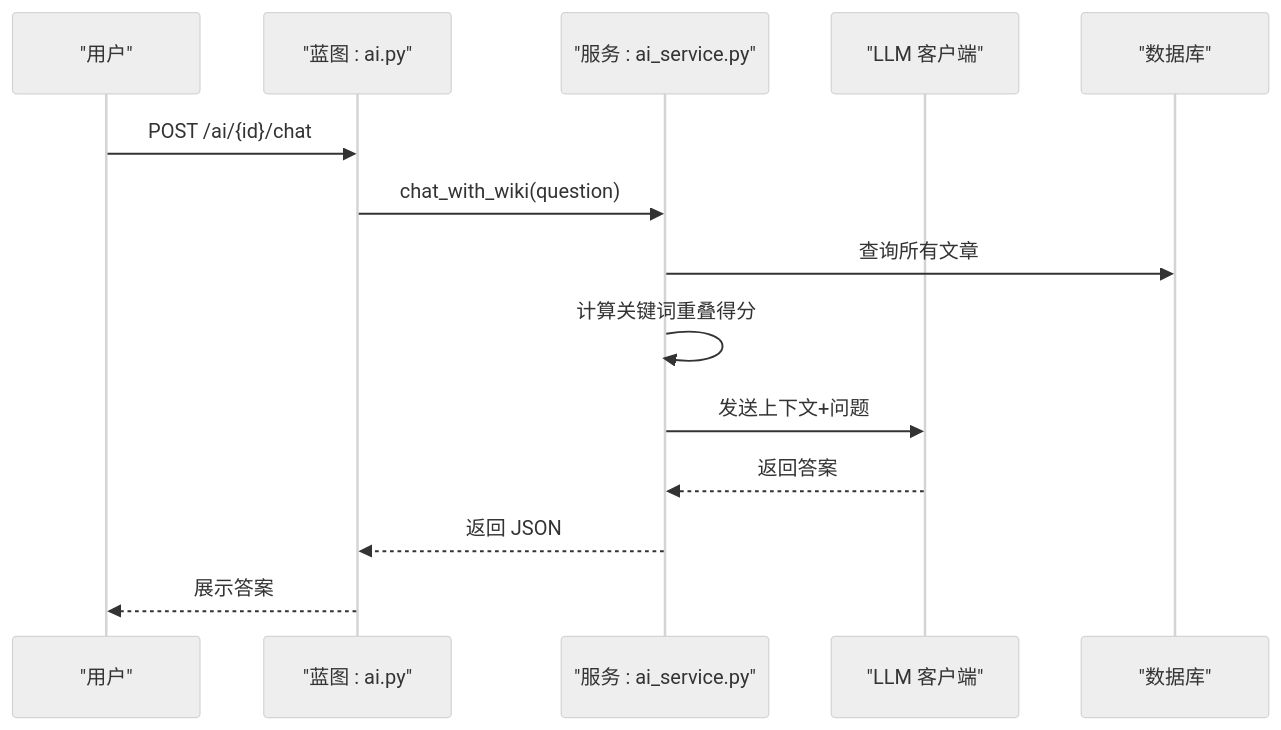
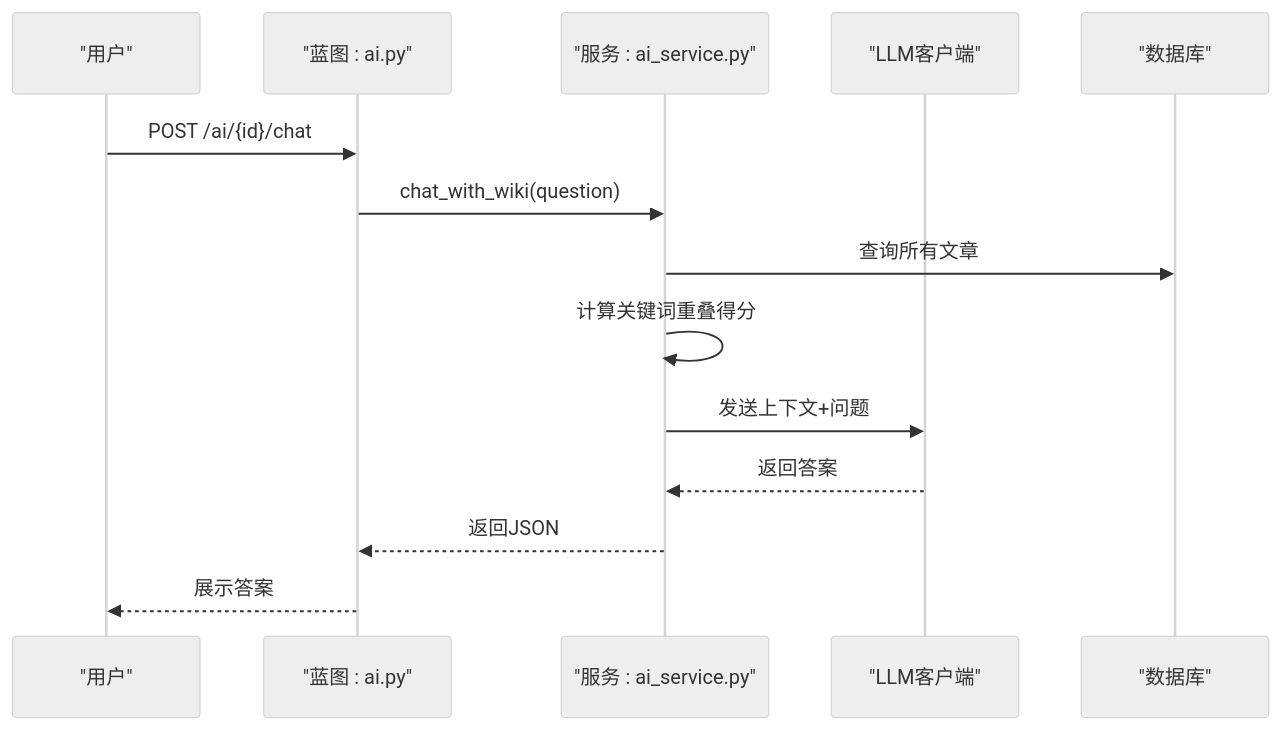
Before and after one commit to beyondalbert/my_wiki: the sixth of 7 diagrams in .qoder/repowiki/zh/content/核心模块/AI知识库模块/AI知识库模块.md, drawn with Mermaid (neutral theme). The commit also changed other lines of this file and 10 other files, not shown here.

````diff
--- a/.qoder/repowiki/zh/content/核心模块/AI知识库模块/AI知识库模块.md
+++ b/.qoder/repowiki/zh/content/核心模块/AI知识库模块/AI知识库模块.md
@@ -241,16 +272,16 @@
 ```mermaid
 sequenceDiagram
 participant U as "用户"
 participant BP as "蓝图 : ai.py"
 participant SVC as "服务 : ai_service.py"
-participant LLM as "LLM 客户端"
+participant LLM as "LLM客户端"
 participant DB as "数据库"
 U->>BP : POST /ai/{id}/chat
 BP->>SVC : chat_with_wiki(question)
 SVC->>DB : 查询所有文章
 SVC->>SVC : 计算关键词重叠得分
 SVC->>LLM : 发送上下文+问题
 LLM-->>SVC : 返回答案
-SVC-->>BP : 返回 JSON
+SVC-->>BP : 返回JSON
 BP-->>U : 展示答案
 ```
````
